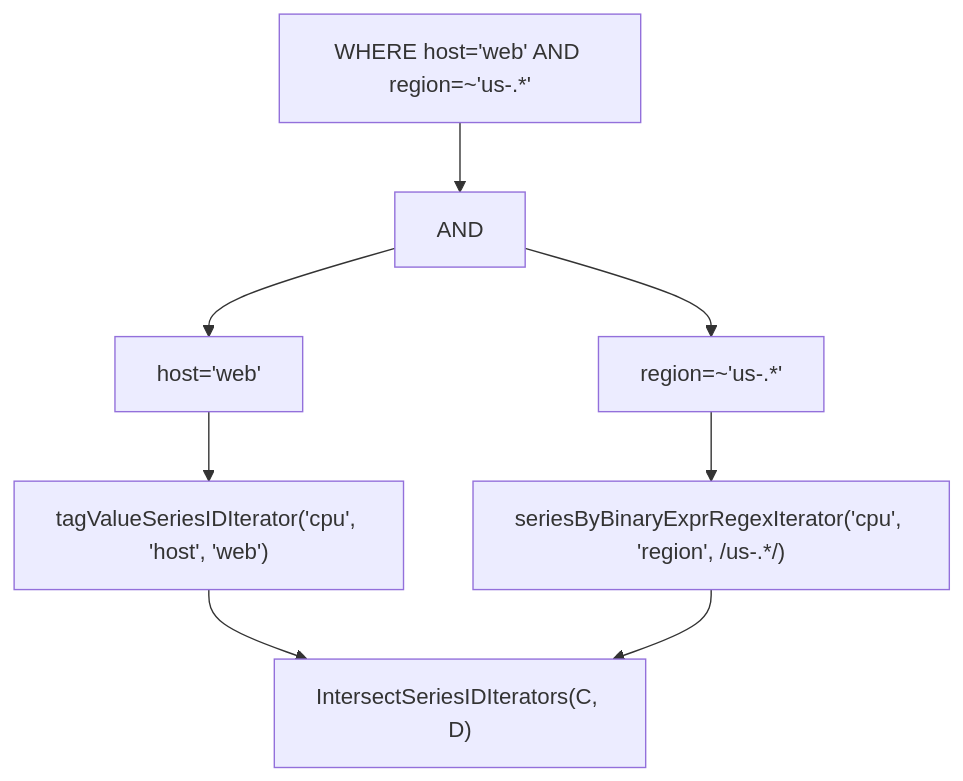
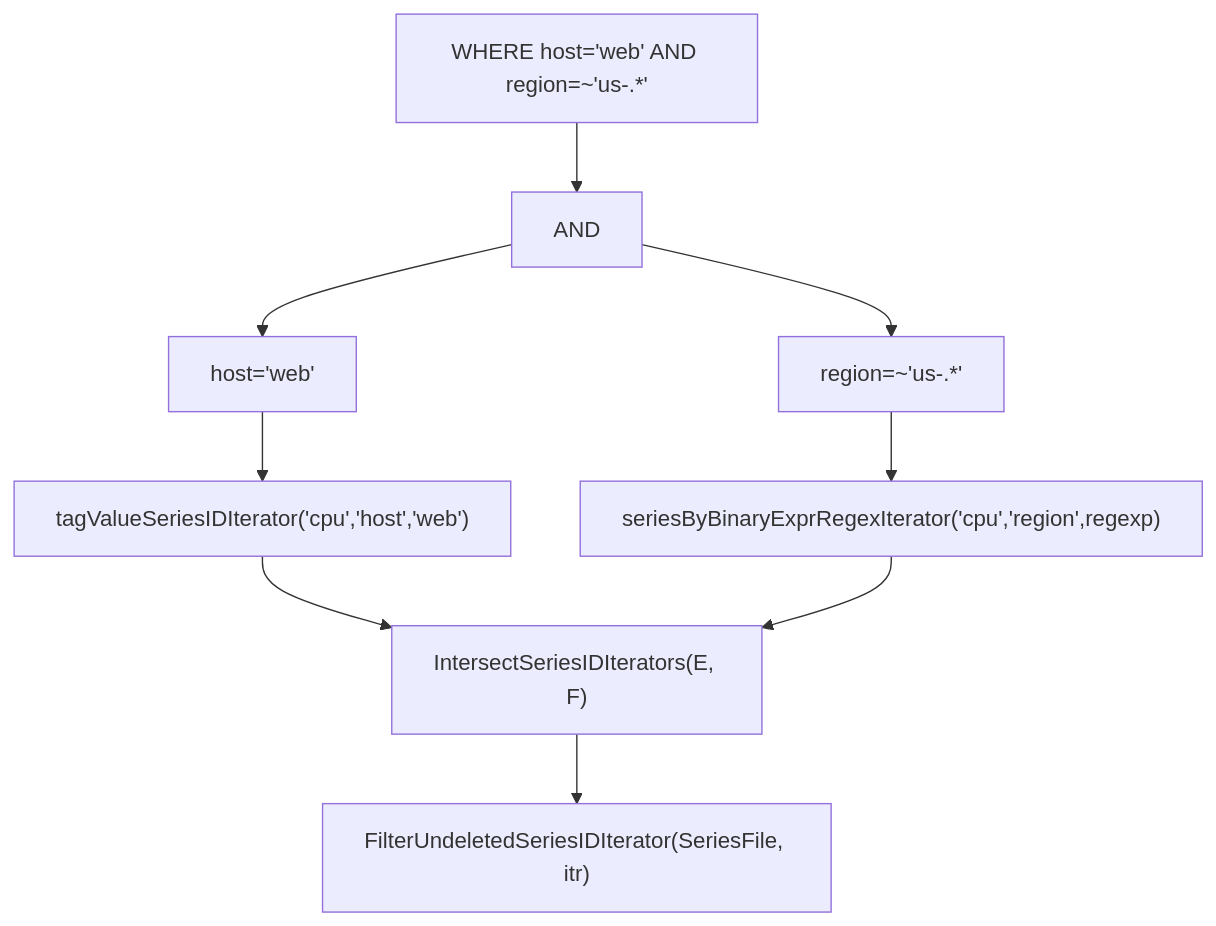
One commit to stefanv5/influxdb changed the eighth of 16 diagrams in docs/specs/02_index_system_spec.md. Above: the diagram before and after it, drawn with Mermaid. The commit also changed other lines of this file and 16 other files, not shown here.

First line of the commit message:
docs: correct and deepen the 17 architecture specs

````diff
--- a/docs/specs/02_index_system_spec.md
+++ b/docs/specs/02_index_system_spec.md
@@ -845,10 +1259,11 @@
 ```mermaid
 flowchart TD
     A["WHERE host='web' AND region=~'us-.*'"] --> B["AND"]
     B --> C["host='web'"]
     B --> D["region=~'us-.*'"]
-    C --> E["tagValueSeriesIDIterator('cpu', 'host', 'web')"]
-    D --> F["seriesByBinaryExprRegexIterator('cpu', 'region', /us-.*/)"]
-    E --> G["IntersectSeriesIDIterators(C, D)"]
+    C --> E["tagValueSeriesIDIterator('cpu','host','web')"]
+    D --> F["seriesByBinaryExprRegexIterator('cpu','region',regexp)"]
+    E --> G["IntersectSeriesIDIterators(E, F)"]
     F --> G
+    G --> H["FilterUndeletedSeriesIDIterator(SeriesFile, itr)"]
 ```
````
